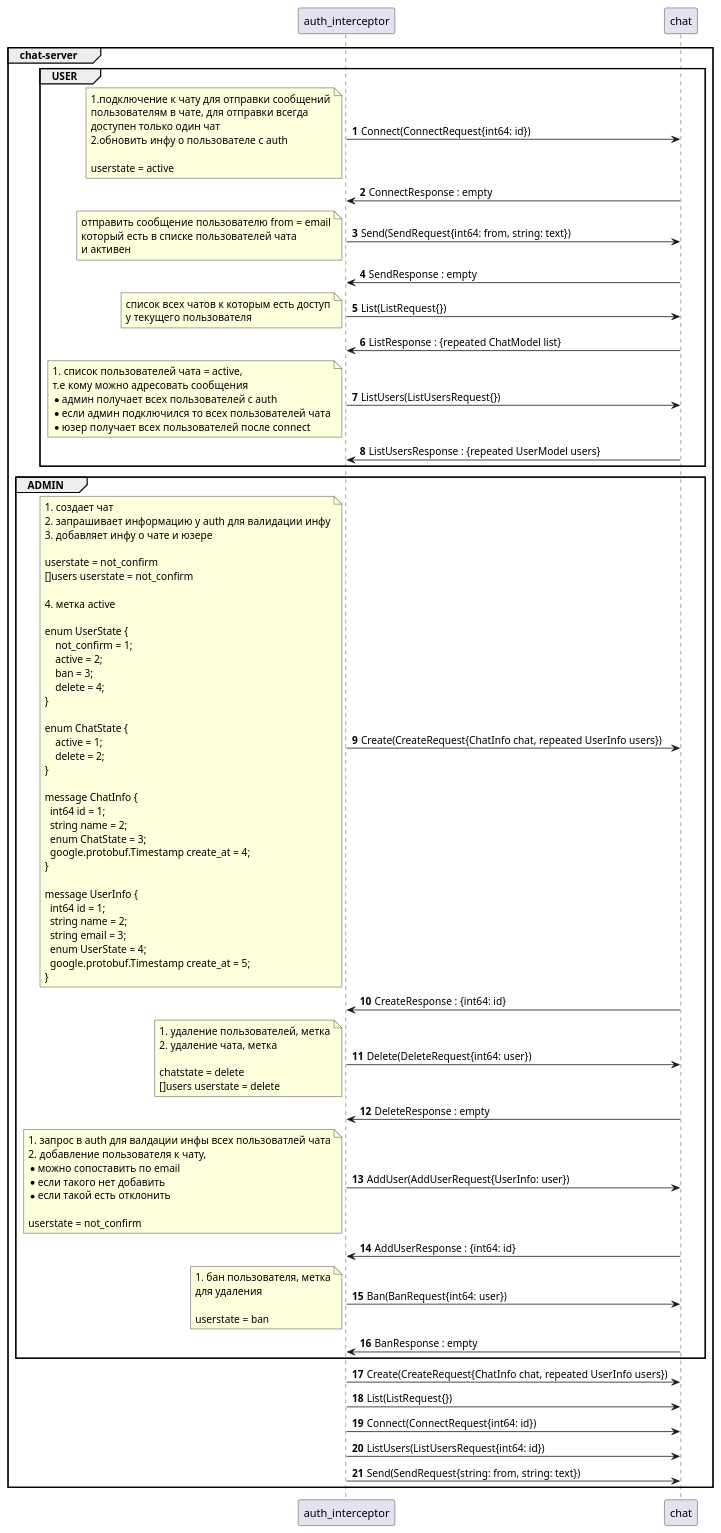
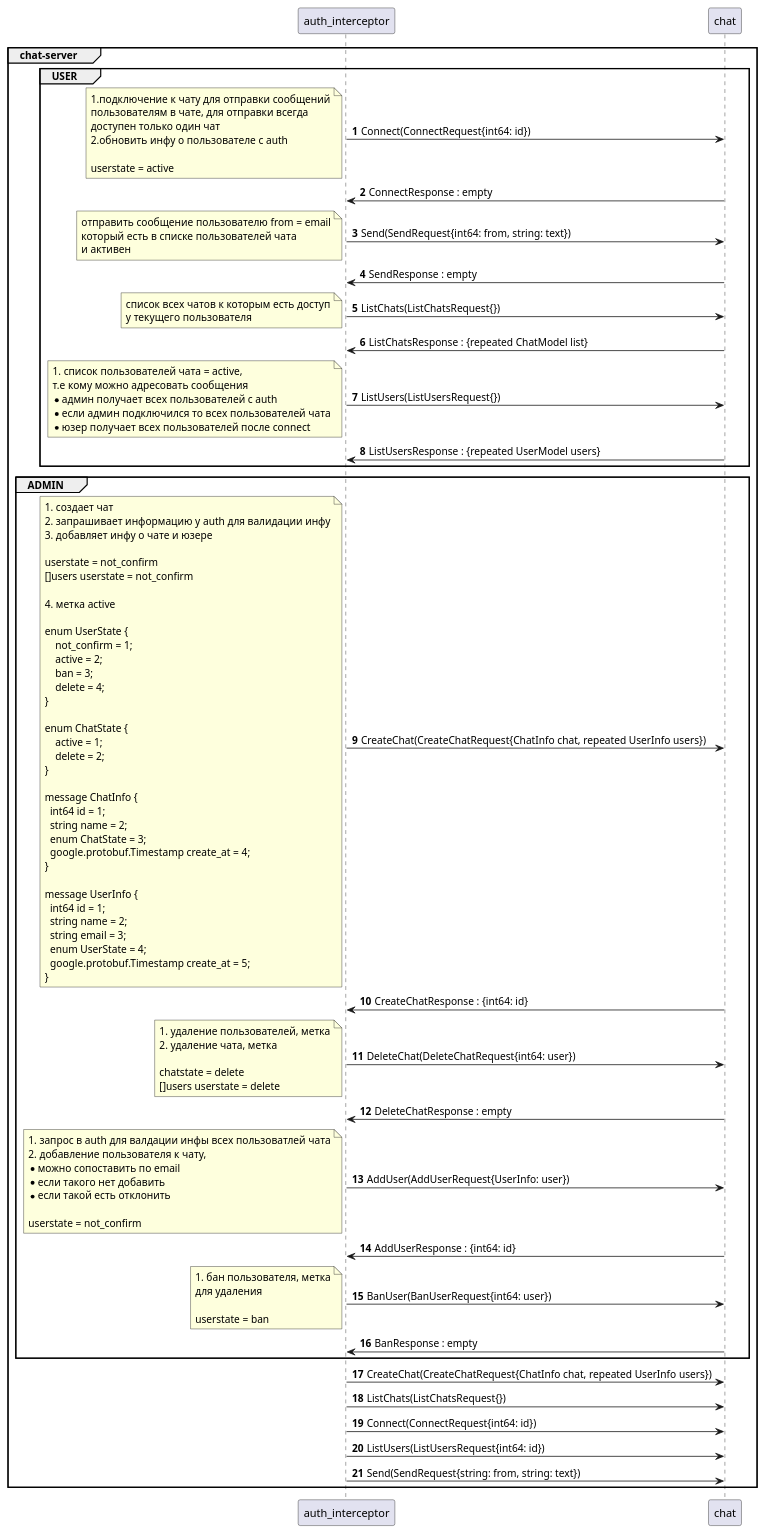
The diagram in uml/sequence.puml (travacry/chat-server), drawn with PlantUML before and after one commit. The commit also changed 5 other files, not shown here.

```diff
--- a/uml/sequence.puml
+++ b/uml/sequence.puml
@@ -1,125 +1,125 @@
 @startuml
 'https://plantuml.com/sequence-diagram
 
 autonumber
 
 group chat-server
 
 
 group USER
 auth_interceptor -> chat: Connect(ConnectRequest{int64: id})
 note left
 1.подключение к чату для отправки сообщений
 пользователям в чате, для отправки всегда
 доступен только один чат
 2.обновить инфу о пользователе с auth
 
 userstate = active
 end note
 auth_interceptor <- chat: ConnectResponse : empty
 auth_interceptor -> chat: Send(SendRequest{int64: from, string: text})
 note left
 отправить сообщение пользователю from = email
 который есть в списке пользователей чата
 и активен
 end note
 auth_interceptor <- chat: SendResponse : empty
-auth_interceptor -> chat: List(ListRequest{})
+auth_interceptor -> chat: ListChats(ListChatsRequest{})
 note left
 список всех чатов к которым есть доступ
 у текущего пользователя
 end note
-auth_interceptor <- chat: ListResponse : {repeated ChatModel list}
+auth_interceptor <- chat: ListChatsResponse : {repeated ChatModel list}
 auth_interceptor -> chat: ListUsers(ListUsersRequest{})
 note left
 1. список пользователей чата = active,
 т.е кому можно адресовать сообщения
 *админ получает всех пользователей с auth
 *если админ подключился то всех пользователей чата
 *юзер получает всех пользователей после connect
 end note
 auth_interceptor <- chat: ListUsersResponse : {repeated UserModel users}
 end
 
 group ADMIN
-auth_interceptor -> chat: Create(CreateRequest{ChatInfo chat, repeated UserInfo users})
+auth_interceptor -> chat: CreateChat(CreateChatRequest{ChatInfo chat, repeated UserInfo users})
 note left
 1. создает чат
 2. запрашивает информацию у auth для валидации инфу
 3. добавляет инфу о чате и юзере
 
 userstate = not_confirm
 []users userstate = not_confirm
 
 4. метка active
 
 enum UserState {
     not_confirm = 1;
     active = 2;
     ban = 3;
     delete = 4;
 }
 
 enum ChatState {
     active = 1;
     delete = 2;
 }
 
 message ChatInfo {
   int64 id = 1;
   string name = 2;
   enum ChatState = 3;
   google.protobuf.Timestamp create_at = 4;
 }
 
 message UserInfo {
   int64 id = 1;
   string name = 2;
   string email = 3;
   enum UserState = 4;
   google.protobuf.Timestamp create_at = 5;
 }
 end note
-auth_interceptor <- chat: CreateResponse : {int64: id}
-auth_interceptor -> chat: Delete(DeleteRequest{int64: user})
+auth_interceptor <- chat: CreateChatResponse : {int64: id}
+auth_interceptor -> chat: DeleteChat(DeleteChatRequest{int64: user})
 note left
 1. удаление пользователей, метка
 2. удаление чата, метка
 
 chatstate = delete
 []users userstate = delete
 end note
-auth_interceptor <- chat: DeleteResponse : empty
+auth_interceptor <- chat: DeleteChatResponse : empty
 
 auth_interceptor -> chat: AddUser(AddUserRequest{UserInfo: user})
 note left
 1. запрос в auth для валдации инфы всех пользоватлей чата
 2. добавление пользователя к чату,
 *можно сопоставить по email
 *если такого нет добавить
 *если такой есть отклонить
 
 userstate = not_confirm
 end note
 auth_interceptor <- chat: AddUserResponse : {int64: id}
-auth_interceptor -> chat: Ban(BanRequest{int64: user})
+auth_interceptor -> chat: BanUser(BanUserRequest{int64: user})
 note left
 1. бан пользователя, метка
 для удаления
 
 userstate = ban
 end note
 auth_interceptor <- chat: BanResponse : empty
 end
 
-auth_interceptor -> chat: Create(CreateRequest{ChatInfo chat, repeated UserInfo users})
-auth_interceptor -> chat: List(ListRequest{})
+auth_interceptor -> chat: CreateChat(CreateChatRequest{ChatInfo chat, repeated UserInfo users})
+auth_interceptor -> chat: ListChats(ListChatsRequest{})
 auth_interceptor -> chat: Connect(ConnectRequest{int64: id})
 auth_interceptor -> chat: ListUsers(ListUsersRequest{int64: id})
 auth_interceptor -> chat: Send(SendRequest{string: from, string: text})
 
 
 end
 
 
 @enduml
```
